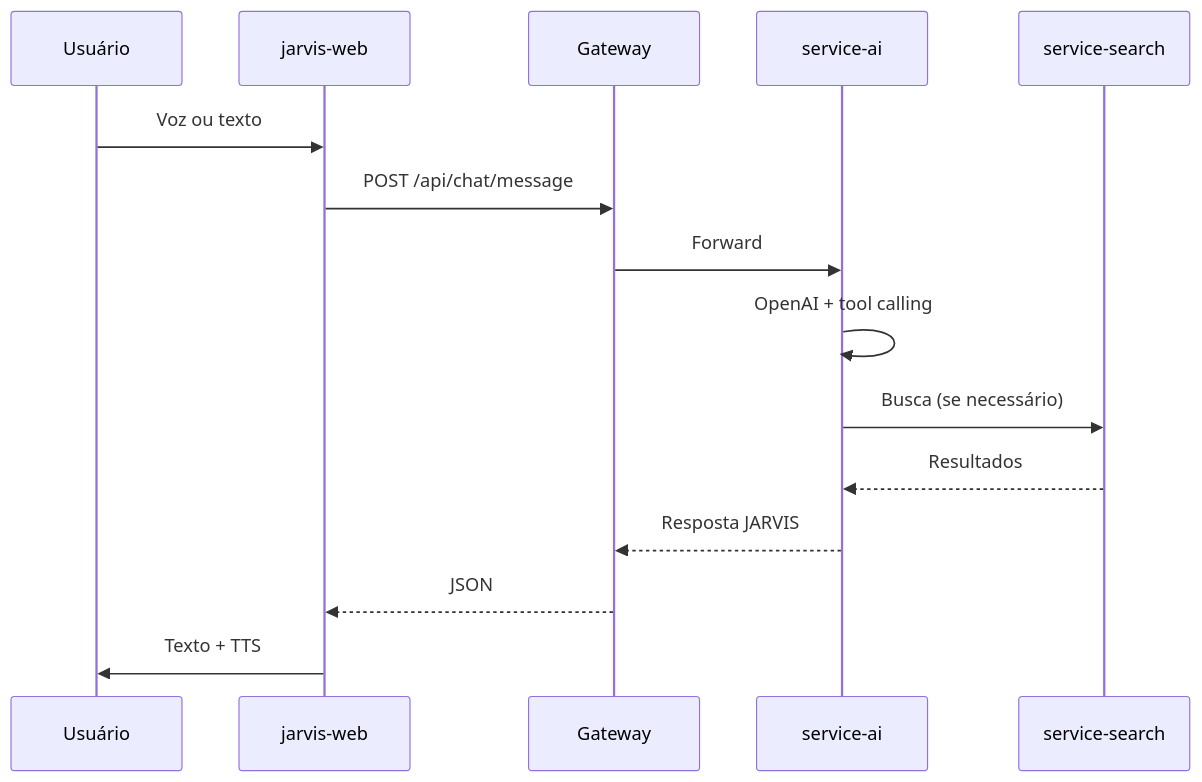
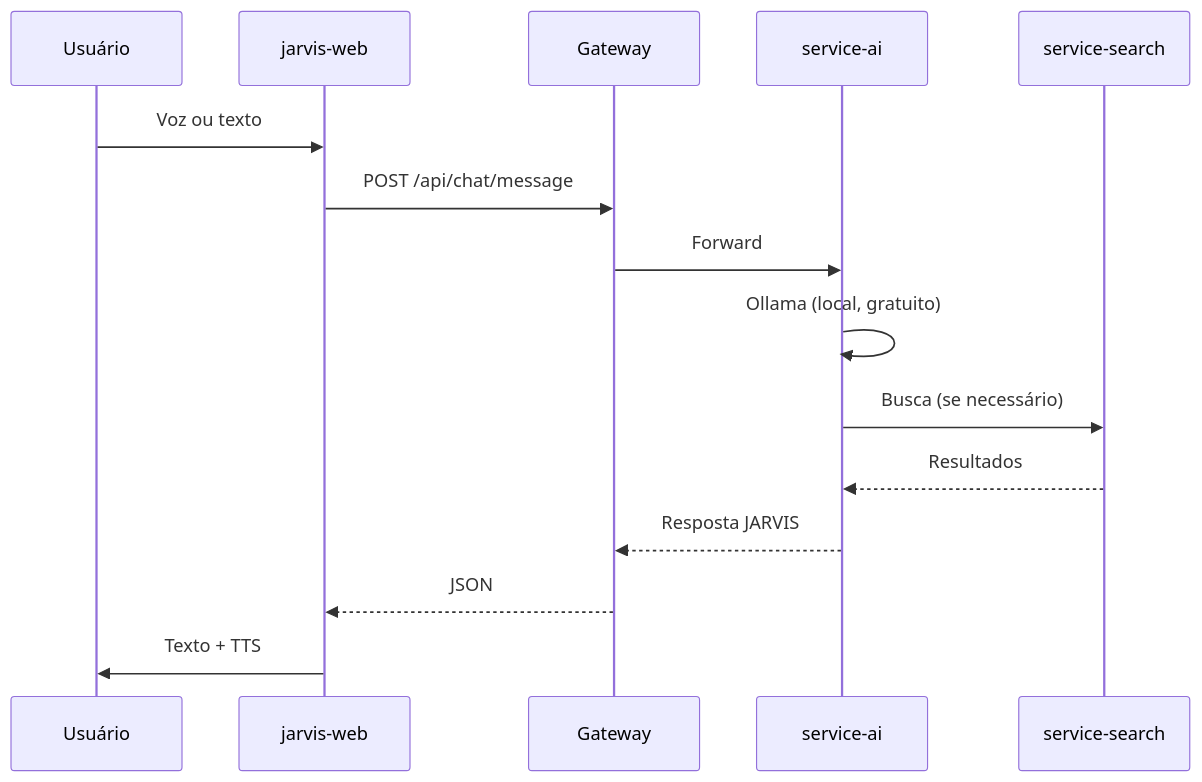
The diagram in docs/architecture.md (FranciscoStanley/MyJarvis), drawn with Mermaid before and after one commit. The commit also changed 5 other files, not shown here.

Commit message:
Update README and documentation to reflect the transition to a fully free and open-source stack. Remove references to paid APIs, clarify service architecture, and enhance setup instructions for Ollama integration. Update API documentation for voice features and refine development guidelines.

````diff
--- a/docs/architecture.md
+++ b/docs/architecture.md
@@ -18,18 +18,18 @@
 ```mermaid
 sequenceDiagram
     participant U as Usuário
     participant W as jarvis-web
     participant G as Gateway
     participant AI as service-ai
     participant S as service-search
 
     U->>W: Voz ou texto
     W->>G: POST /api/chat/message
     G->>AI: Forward
-    AI->>AI: OpenAI + tool calling
+    AI->>AI: Ollama (local, gratuito)
     AI->>S: Busca (se necessário)
     S-->>AI: Resultados
     AI-->>G: Resposta JARVIS
     G-->>W: JSON
     W->>U: Texto + TTS
 ```
````
